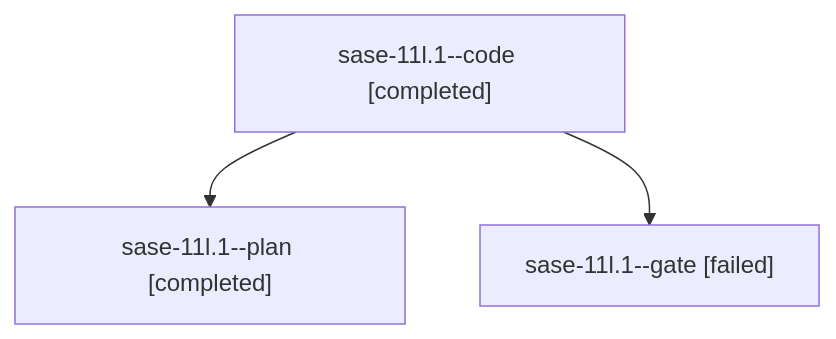
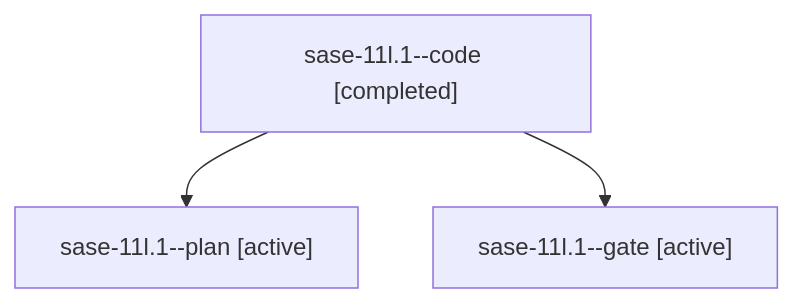
One commit to sase-org/sase--agents changed the diagram in families/bbugyi200.athena.sase-11l.1.md. Above: the diagram before and after it, drawn with Mermaid. The commit also changed other lines of this file and 192 other files, not shown here.

````diff
--- a/families/bbugyi200.athena.sase-11l.1.md
+++ b/families/bbugyi200.athena.sase-11l.1.md
@@ -9,8 +9,8 @@
 ```mermaid
 flowchart TD
   n0["sase-11l.1--code [completed]"]
-  n1["sase-11l.1--plan [completed]"]
+  n1["sase-11l.1--plan [active]"]
   n0 --> n1
-  n2["sase-11l.1--gate [failed]"]
+  n2["sase-11l.1--gate [active]"]
   n0 --> n2
 ```
````
